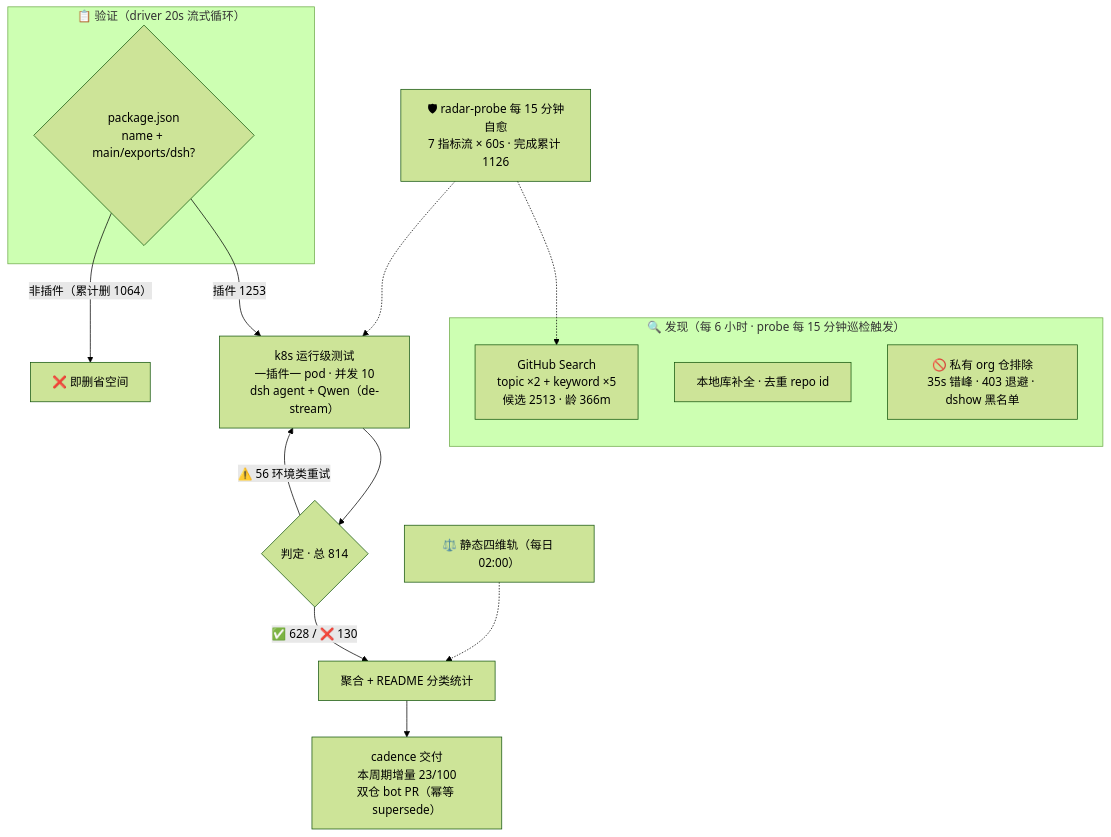
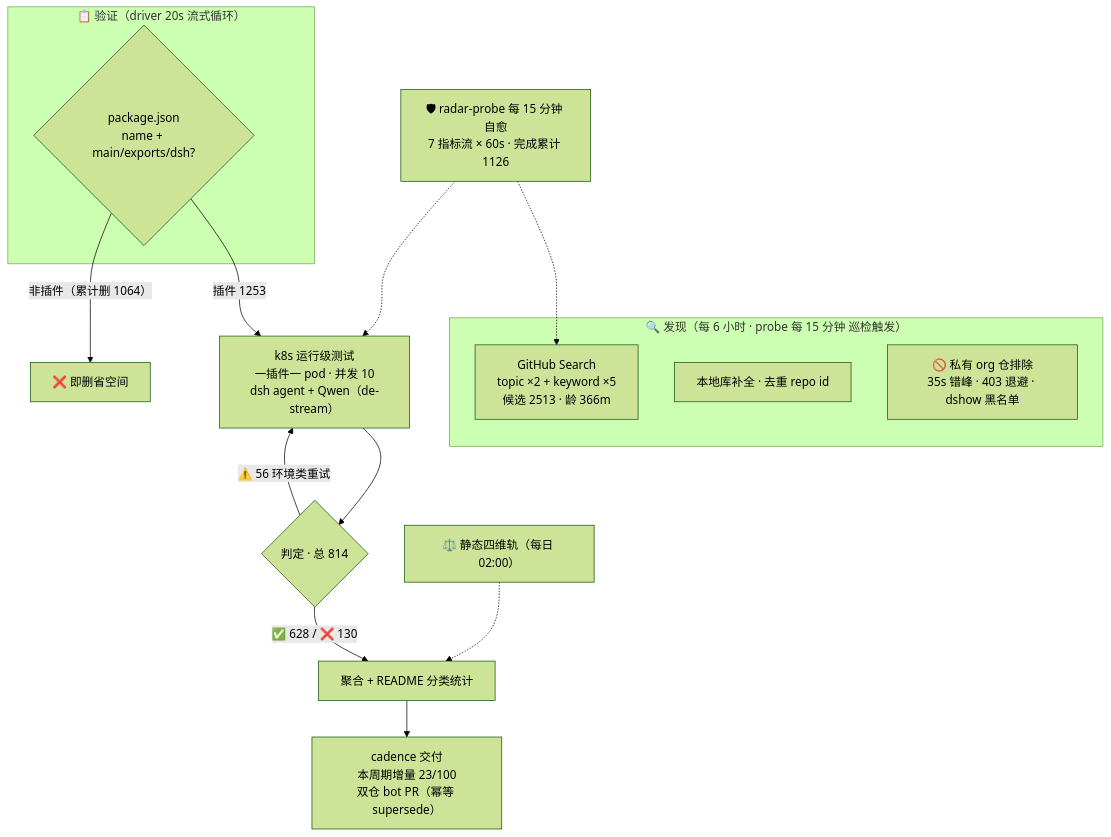
The diagram in README.md (AdamPlatin123/awesome-dsh-plugins), drawn with Mermaid (forest theme) before and after one commit. The commit also changed other lines of this file and 4 other files, not shown here.

Commit message:
feat: 时间戳统一 UTC+8 标注——render 脚本锚行/渲染行/CHANGELOG 日期全部北京时间化（原为 UTC 且渲染行截断丢时区）；refresh-featured 时间戳改 Asia/Shanghai 时区+标注；probe */15 在渲染层清洗为文字（根治 mermaid 崩溃复发）；英文版生态头行去失实的每 8 小时节奏并补时区

````diff
--- a/README.md
+++ b/README.md
@@ -30,20 +30,20 @@
 ```mermaid
 flowchart TB
-    subgraph Discovery["🔍 发现（每 6 小时 · probe 每 15 分钟巡检触发）"]
+    subgraph Discovery["🔍 发现（每 6 小时 · probe 每 15 分钟 巡检触发）"]
         A1["GitHub Search<br/>topic ×2 + keyword ×5<br/>候选 2513 · 龄 366m"]
         A2["本地库补全 · 去重 repo id"]
         A3["🚫 私有 org 仓排除<br/>35s 错峰 · 403 退避 · dshow 黑名单"]
     end
     subgraph Validation["📋 验证（driver 20s 流式循环）"]
         B1{"package.json<br/>name + main/exports/dsh?"}
     end
     B1 -->|"插件 1253"| C1["k8s 运行级测试<br/>一插件一 pod · 并发 10<br/>dsh agent + Qwen（de-stream）"]
     B1 -->|"非插件（累计删 1064）"| B3["❌ 即删省空间"]
     C1 --> D1{"判定 · 总 814"}
     D1 -->|"✅ 628 / ❌ 130"| E1["聚合 + README 分类统计"]
     D1 -->|"⚠️ 56 环境类重试"| C1
     E1 --> E2["cadence 交付<br/>本周期增量 23/100<br/>双仓 bot PR（幂等 supersede）"]
     S["⚖️ 静态四维轨（每日 02:00）"] -.-> E1
-    M["🛡 radar-probe 每 15 分钟自愈<br/>7 指标流 × 60s · 完成累计 1126"] -.-> A1
+    M["🛡 radar-probe 每 15 分钟 自愈<br/>7 指标流 × 60s · 完成累计 1126"] -.-> A1
     M -.-> C1
 ```
````
